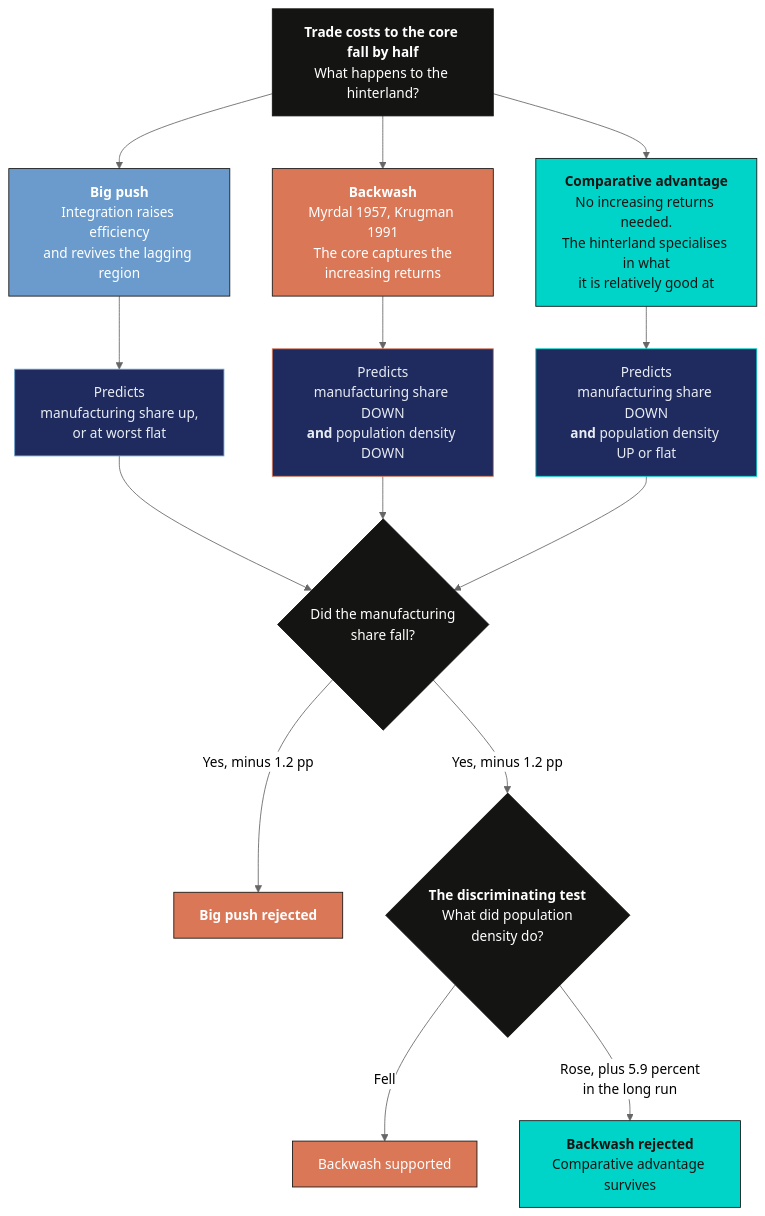
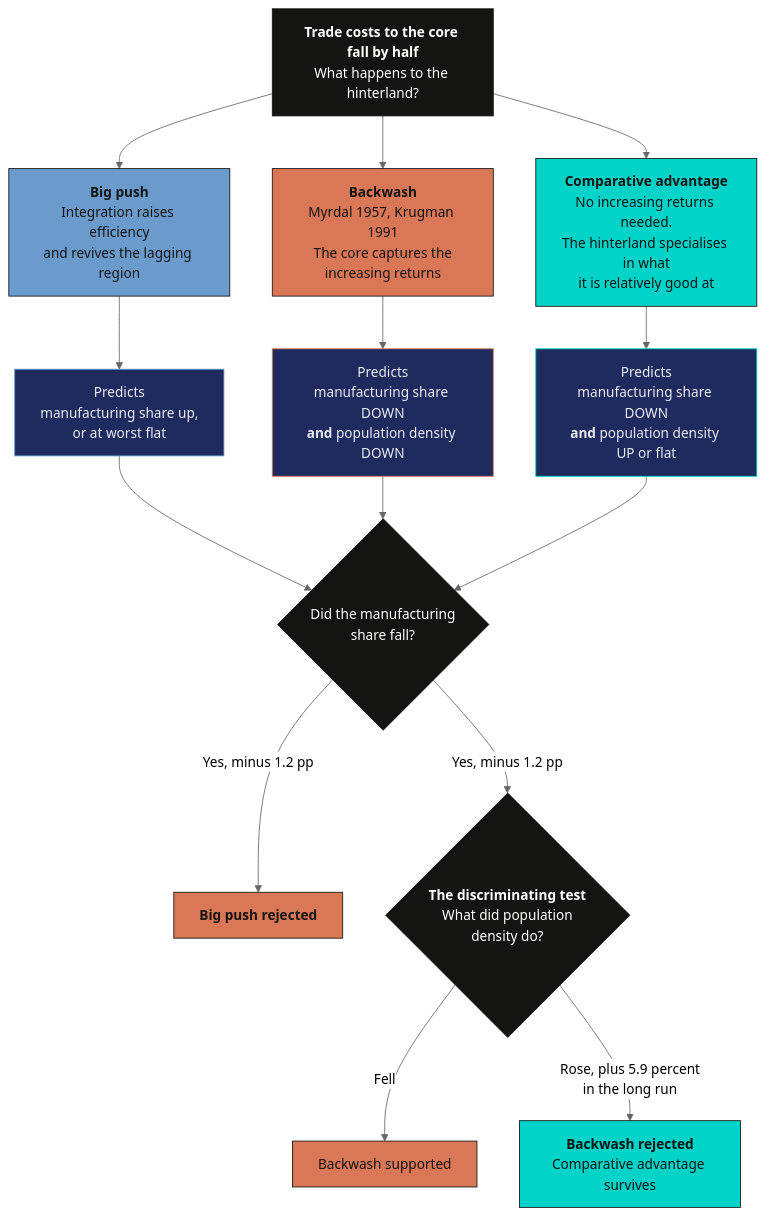
Before and after one commit to cmg777/starter-academic-v501: the third of 5 diagrams in content/post/python_bridge_impact/index.md, drawn with Mermaid (neutral theme). The commit also changed other lines of this file and 67 other files, not shown here.

First line of the commit message:
fix(mermaid): readable diagram text in both themes across the site

````diff
--- a/content/post/python_bridge_impact/index.md
+++ b/content/post/python_bridge_impact/index.md
@@ -381,32 +381,34 @@
 ```mermaid
 graph TD
     Q["<b>Trade costs to the core fall by half</b><br/>What happens to the hinterland?"]
     Q --> T1["<b>Big push</b><br/>Integration raises efficiency<br/>and revives the lagging region"]
     Q --> T2["<b>Backwash</b><br/>Myrdal 1957, Krugman 1991<br/>The core captures the<br/>increasing returns"]
     Q --> T3["<b>Comparative advantage</b><br/>No increasing returns needed.<br/>The hinterland specialises in what<br/>it is relatively good at"]
 
     T1 --> P1["Predicts<br/>manufacturing share up,<br/>or at worst flat"]
     T2 --> P2["Predicts<br/>manufacturing share DOWN<br/><b>and</b> population density DOWN"]
     T3 --> P3["Predicts<br/>manufacturing share DOWN<br/><b>and</b> population density UP or flat"]
 
     P1 --> E1{"Did the manufacturing<br/>share fall?"}
     P2 --> E1
     P3 --> E1
     E1 -->|"Yes, minus 1.2 pp"| OUT1["<b>Big push rejected</b>"]
     E1 -->|"Yes, minus 1.2 pp"| E2{"<b>The discriminating test</b><br/>What did population<br/>density do?"}
     E2 -->|"Fell"| OUT2["Backwash supported"]
     E2 -->|"Rose, plus 5.9 percent<br/>in the long run"| OUT3["<b>Backwash rejected</b><br/>Comparative advantage survives"]
 
     style Q fill:#141413,stroke:#141413,color:#fff
-    style T1 fill:#6a9bcc,stroke:#141413,color:#fff
-    style T2 fill:#d97757,stroke:#141413,color:#fff
+    style T1 fill:#6a9bcc,stroke:#141413,color:#141413
+    style T2 fill:#d97757,stroke:#141413,color:#141413
     style T3 fill:#00d4c8,stroke:#141413,color:#141413
     style P1 fill:#1f2b5e,stroke:#6a9bcc,color:#e8ecf2
     style P2 fill:#1f2b5e,stroke:#d97757,color:#e8ecf2
     style P3 fill:#1f2b5e,stroke:#00d4c8,color:#e8ecf2
-    style E1 fill:#141413,stroke:#141413,color:#fff
-    style E2 fill:#141413,stroke:#141413,color:#fff
-    style OUT1 fill:#d97757,stroke:#141413,color:#fff
-    style OUT2 fill:#d97757,stroke:#141413,color:#fff
+    classDef sty_E1 fill:#141413,stroke:#141413,color:#fff
+    class E1 sty_E1
+    classDef sty_E2 fill:#141413,stroke:#141413,color:#fff
+    class E2 sty_E2
+    style OUT1 fill:#d97757,stroke:#141413,color:#141413
+    style OUT2 fill:#d97757,stroke:#141413,color:#141413
     style OUT3 fill:#00d4c8,stroke:#141413,color:#141413
 ```
````
